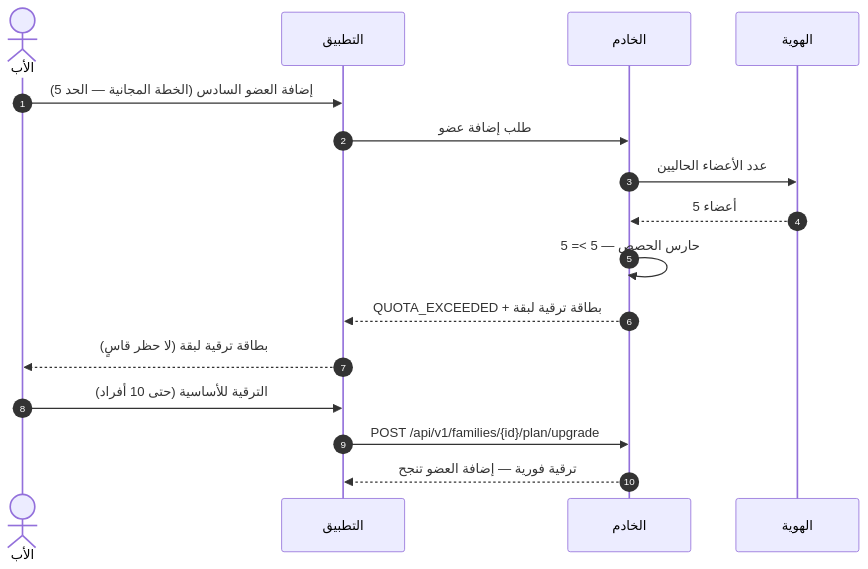
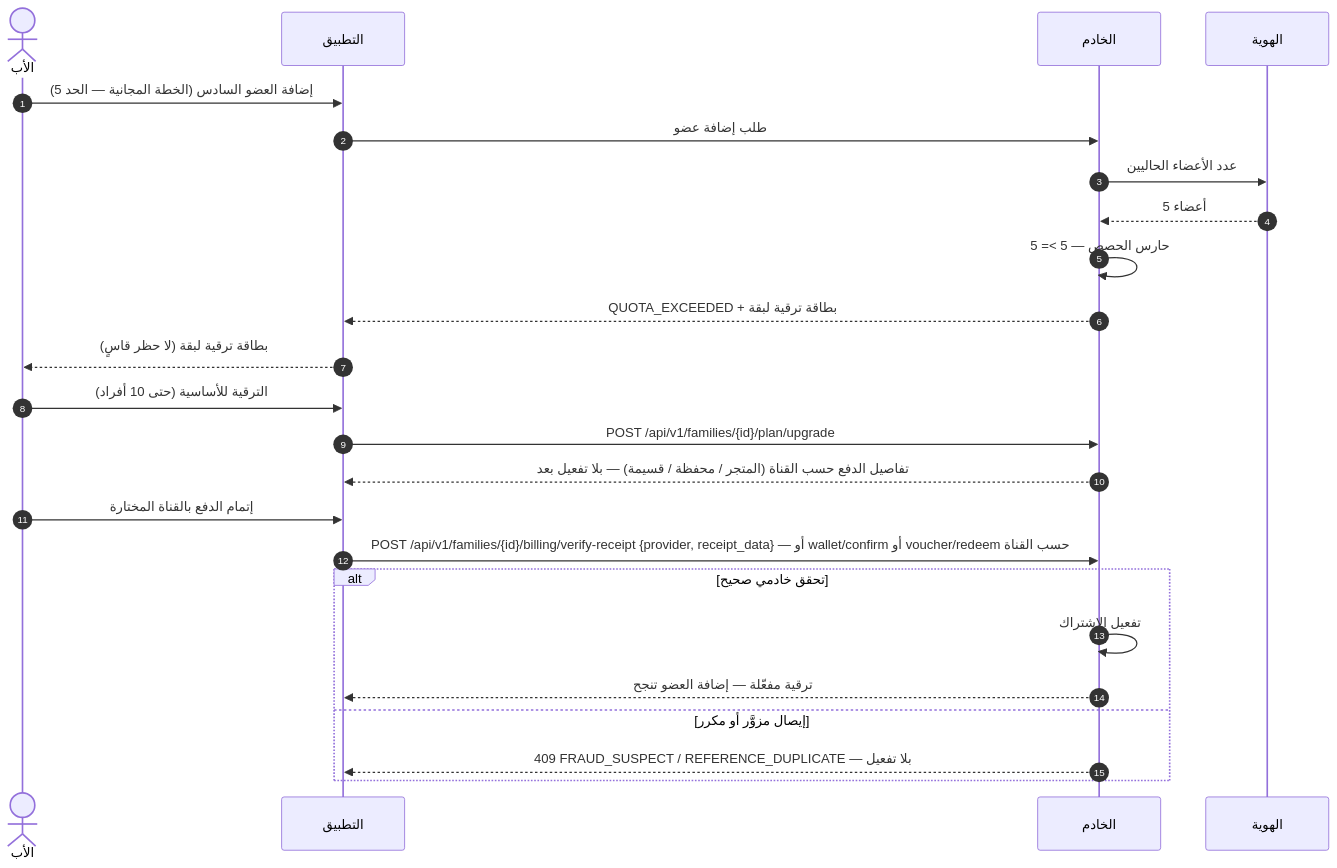
The seventh of 12 diagrams in docs/family-os/governance/phases/phase-1/S1-04-plans-and-subscriptions/DIAGRAMS.md (Bassam-mohammed-alqaeadi/family-os-v2), drawn with Mermaid before and after one commit. The commit also changed other lines of this file and 3 other files, not shown here.

````diff
--- a/docs/family-os/governance/phases/phase-1/S1-04-plans-and-subscriptions/DIAGRAMS.md
+++ b/docs/family-os/governance/phases/phase-1/S1-04-plans-and-subscriptions/DIAGRAMS.md
@@ -308,18 +318,26 @@
 ```mermaid
 sequenceDiagram
     autonumber
     actor Father as الأب
     participant App as التطبيق
     participant Ktor as الخادم
     participant S102 as الهوية
     Father->>App: إضافة العضو السادس (الخطة المجانية — الحد 5)
     App->>Ktor: طلب إضافة عضو
     Ktor->>S102: عدد الأعضاء الحاليين
     S102-->>Ktor: 5 أعضاء
     Ktor->>Ktor: حارس الحصص — 5 >= 5
     Ktor-->>App: QUOTA_EXCEEDED + بطاقة ترقية لبقة
     App-->>Father: بطاقة ترقية لبقة (لا حظر قاسٍ)
     Father->>App: الترقية للأساسية (حتى 10 أفراد)
     App->>Ktor: POST /api/v1/families/{id}/plan/upgrade
-    Ktor-->>App: ترقية فورية — إضافة العضو تنجح
+    Ktor-->>App: تفاصيل الدفع حسب القناة (المتجر / محفظة / قسيمة) — بلا تفعيل بعد
+    Father->>App: إتمام الدفع بالقناة المختارة
+    App->>Ktor: POST /api/v1/families/{id}/billing/verify-receipt {provider, receipt_data} — أو wallet/confirm أو voucher/redeem حسب القناة
+    alt تحقق خادمي صحيح
+        Ktor->>Ktor: تفعيل الاشتراك
+        Ktor-->>App: ترقية مفعّلة — إضافة العضو تنجح
+    else إيصال مزوَّر أو مكرر
+        Ktor-->>App: 409 FRAUD_SUSPECT / REFERENCE_DUPLICATE — بلا تفعيل
+    end
 ```
````
